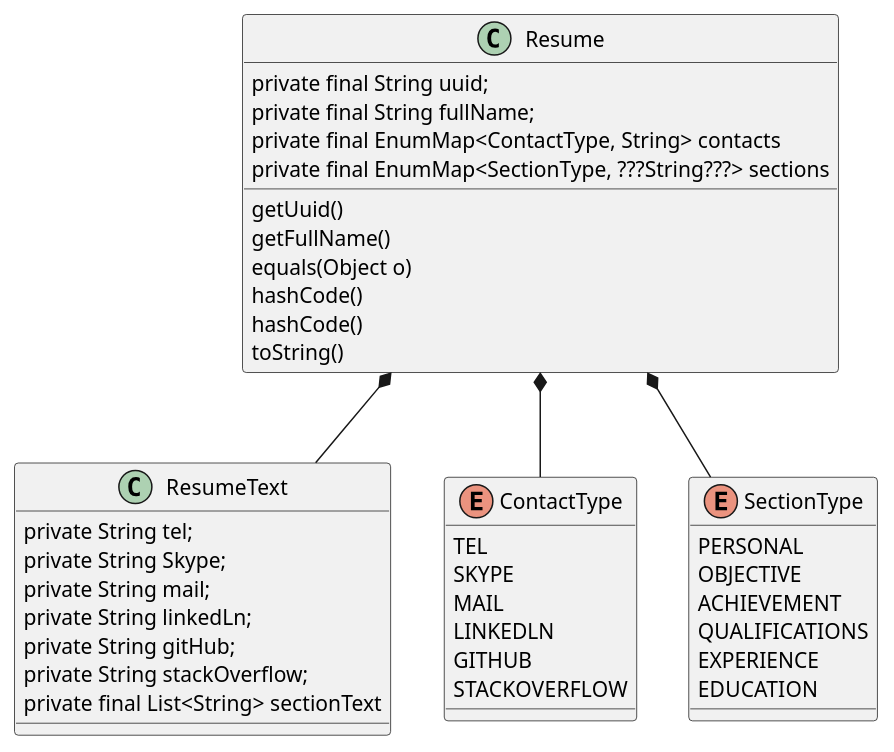
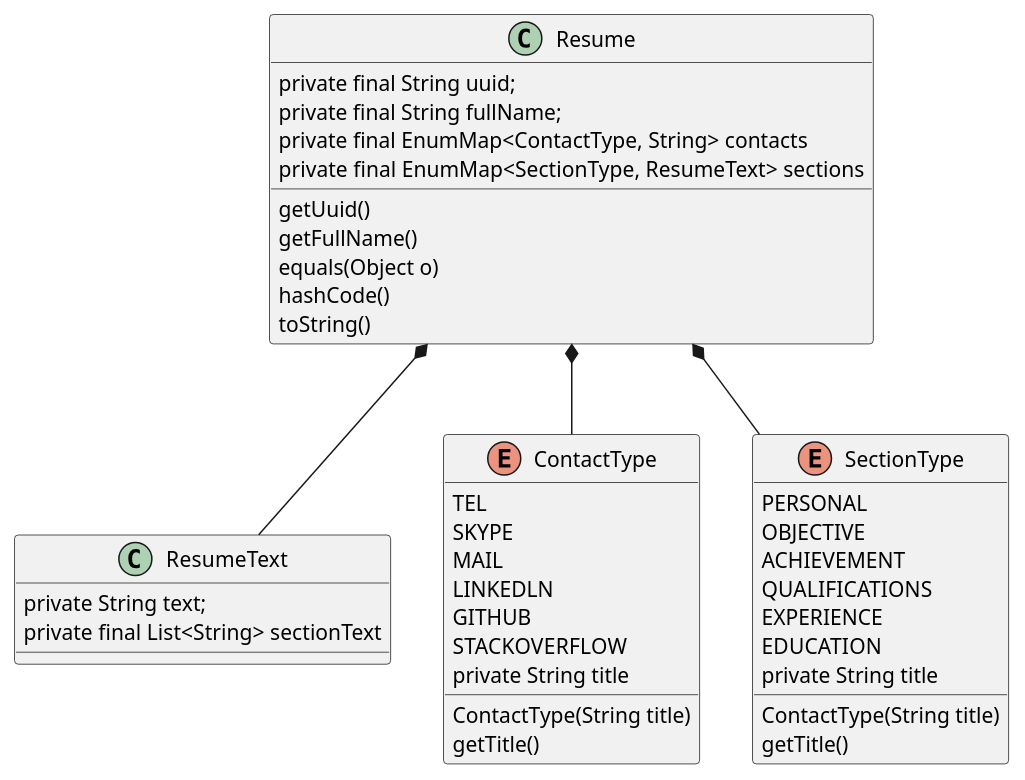
The diagram in src/com/urise/webapp/model/ResumeUML.puml (VitalyG1983/basejava), drawn with PlantUML before and after one commit. The commit also changed 1 other file, not shown here.

```diff
--- a/src/com/urise/webapp/model/ResumeUML.puml
+++ b/src/com/urise/webapp/model/ResumeUML.puml
@@ -1,46 +1,46 @@
 @startuml
 'https://plantuml.com/class-diagram
    Resume  *--  ResumeText
  class Resume {
     private final String uuid;
     private final String fullName;
     private final EnumMap<ContactType, String> contacts
-    private final EnumMap<SectionType, ???String???> sections
+    private final EnumMap<SectionType, ResumeText> sections
      getUuid()
      getFullName()
      equals(Object o)
-     hashCode()
      hashCode()
      toString()
 }
 
  Resume  *-- ContactType
  enum ContactType{
      TEL
      SKYPE
      MAIL
      LINKEDLN
      GITHUB
      STACKOVERFLOW
+     private String title
+     ContactType(String title)
+     getTitle()
  }
 
 Resume  *-- SectionType
  enum SectionType{
       PERSONAL
       OBJECTIVE
       ACHIEVEMENT
       QUALIFICATIONS
       EXPERIENCE
       EDUCATION
+       private String title
+           ContactType(String title)
+           getTitle()
  }
 
      class ResumeText {
-        private String tel;
-        private String Skype;
-        private String mail;
-        private String linkedLn;
-        private String gitHub;
-        private String stackOverflow;
+        private String text;
         private final List<String> sectionText
     }
 @enduml
```
